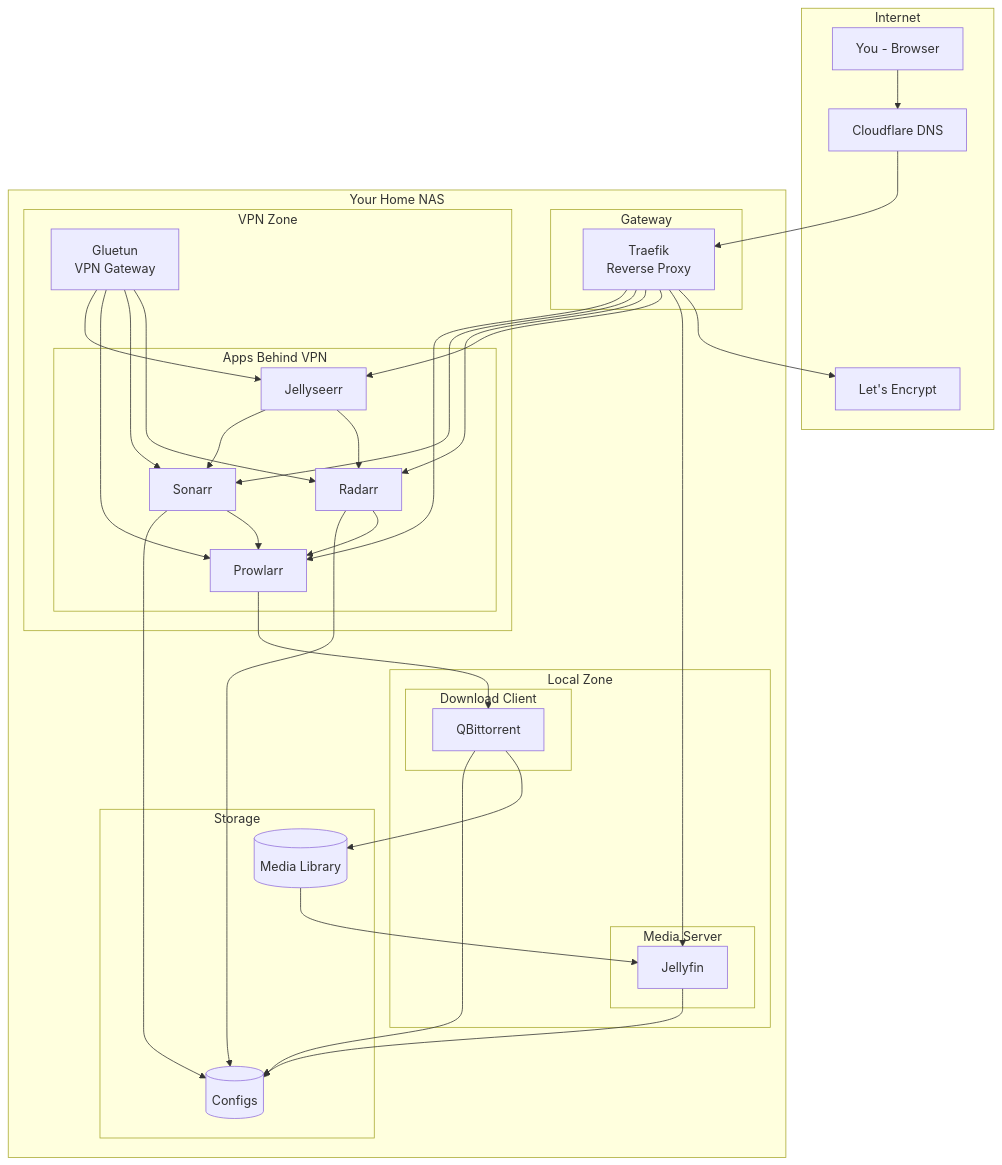
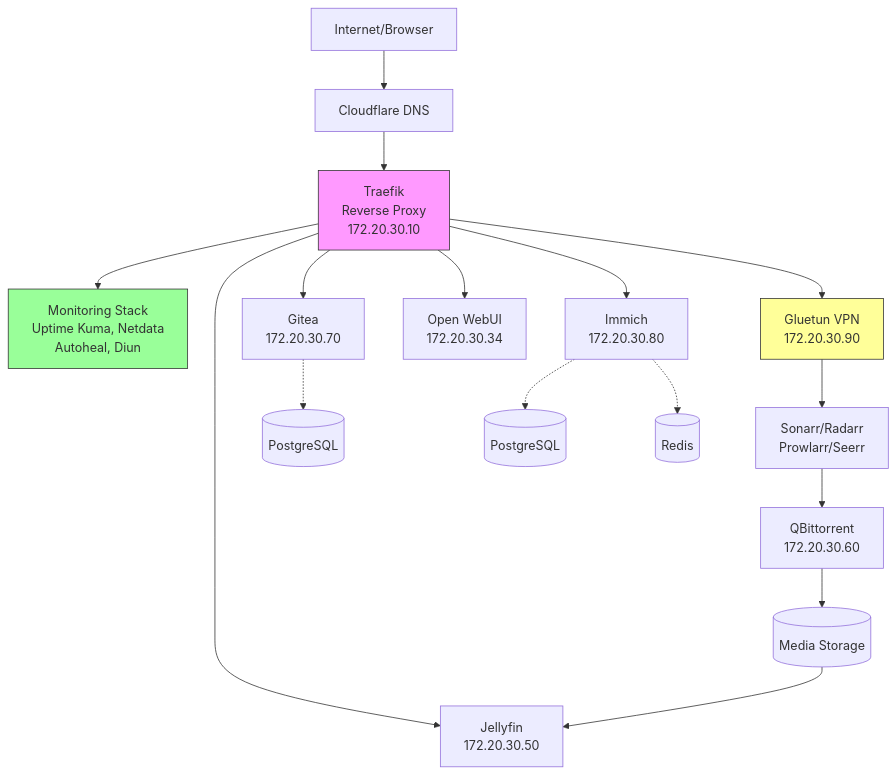
One commit to tubopo/compose-home-nas changed the diagram in README.md. Above: the diagram before and after it, drawn with Mermaid. The commit also changed other lines of this file, not shown here.

````diff
--- a/README.md
+++ b/README.md
@@ -16,58 +27,26 @@
 ```mermaid
+graph TB
+    Internet[Internet/Browser] --> CF[Cloudflare DNS]
+    CF --> T[Traefik<br/>Reverse Proxy<br/>172.20.30.10]
 
-graph TB
-    subgraph Internet
-        U[You - Browser]
-        DNS[Cloudflare DNS]
-        LE[Let's Encrypt]
-    end
+    T --> Mon[Monitoring Stack<br/>Uptime Kuma, Netdata<br/>Autoheal, Diun]
+    T --> Git[Gitea<br/>172.20.30.70]
+    T --> Photos[Immich<br/>172.20.30.80]
+    T --> Media[Jellyfin<br/>172.20.30.50]
+    T --> AI[Open WebUI<br/>172.20.30.34]
+    T --> VPN[Gluetun VPN<br/>172.20.30.90]
 
-    subgraph "Your Home NAS"
-        subgraph "Gateway"
-            T[Traefik<br/>Reverse Proxy]
-        end
+    VPN --> ARR[Sonarr/Radarr<br/>Prowlarr/Seerr]
 
-        subgraph "VPN Zone"
-            G[Gluetun<br/>VPN Gateway]
-            subgraph "Apps Behind VPN"
-                R[Radarr]
-                S[Sonarr]
-                P[Prowlarr]
-                JS[Jellyseerr]
-            end
-        end
+    Git -.-> PG1[(PostgreSQL)]
+    Photos -.-> PG2[(PostgreSQL)]
+    Photos -.-> Redis[(Redis)]
 
-        subgraph "Local Zone"
-            subgraph "Download Client"
-                Q[QBittorrent]
-            end
-            subgraph "Media Server"
-                J[Jellyfin]
-            end
-        end
+    ARR --> DL[QBittorrent<br/>172.20.30.60]
+    DL --> Storage[(Media Storage)]
+    Storage --> Media
 
-        subgraph "Storage"
-            M[(Media Library)]
-            C[(Configs)]
-        end
-    end
-
-    U --> DNS
-    DNS --> T
-    T --> LE
-    
-    T --> J
-    T --> JS
-    T --> R
-    T --> S
-    T --> P
-    
-    JS --> R & S
-    R & S --> P
-    P --> Q
-    Q --> M
-    M --> J
-    
-    G --> R & S & P & JS
-    R & S & J & Q --> C
+    style T fill:#f9f,stroke:#333
+    style Mon fill:#9f9,stroke:#333
+    style VPN fill:#ff9,stroke:#333
 ```
````
